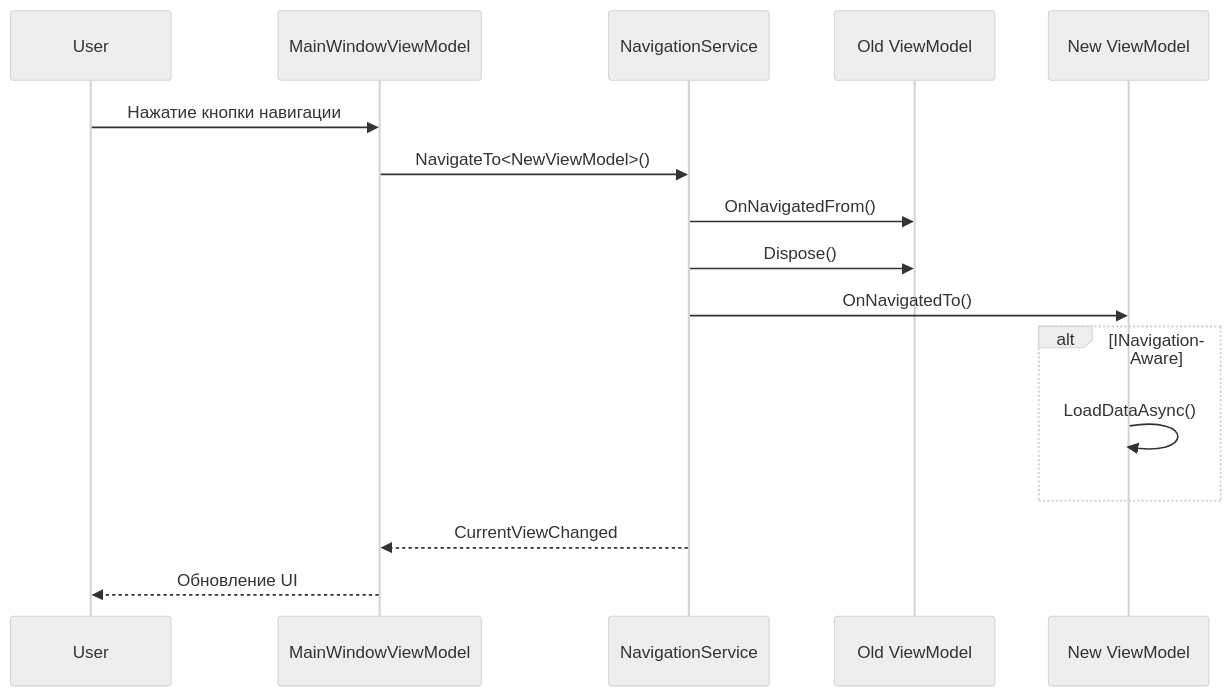
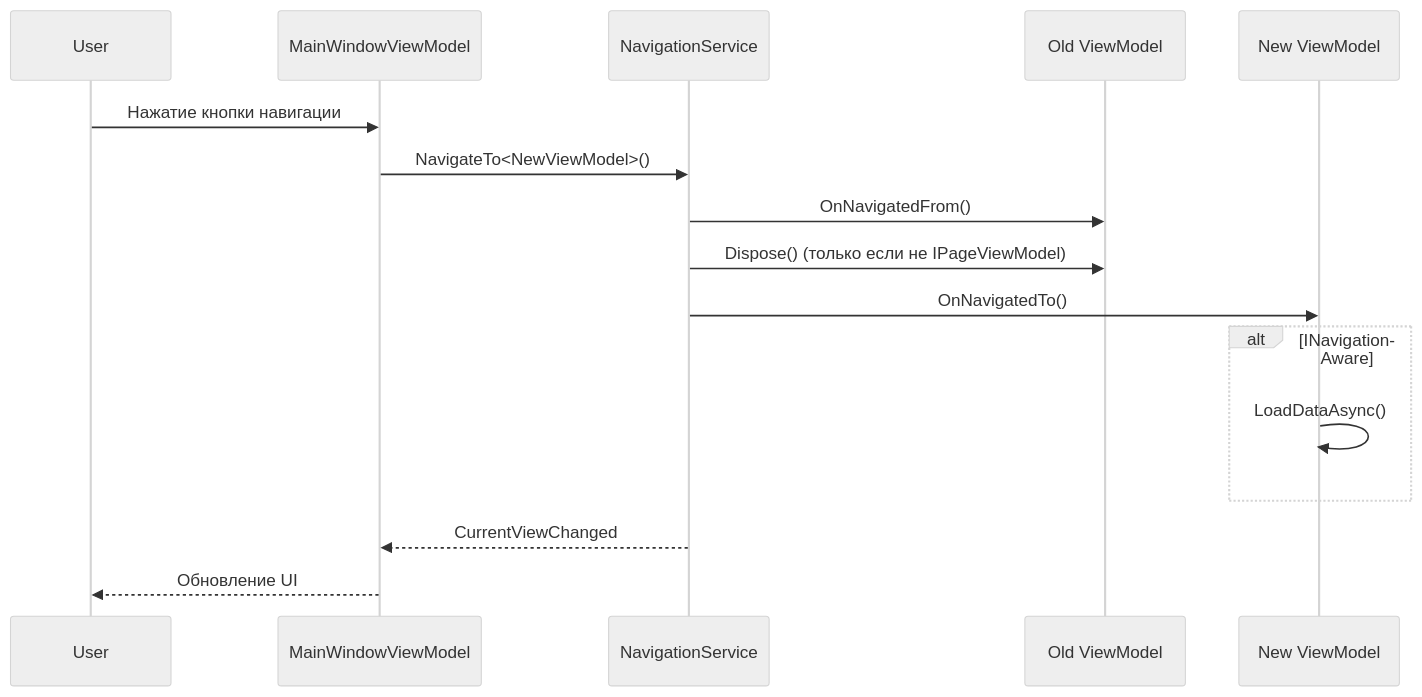
One commit to kommo1337/AutoKassa changed the third of 4 diagrams in docs/kimi/02-architecture.md. Above: the diagram before and after it, drawn with Mermaid (neutral theme). The commit also changed other lines of this file and 103 other files, not shown here.

````diff
--- a/docs/kimi/02-architecture.md
+++ b/docs/kimi/02-architecture.md
@@ -231,19 +236,19 @@
 ```mermaid
 sequenceDiagram
     participant User
     participant MainVM as MainWindowViewModel
     participant NS as NavigationService
     participant OldVM as Old ViewModel
     participant NewVM as New ViewModel
 
     User->>MainVM: Нажатие кнопки навигации
     MainVM->>NS: NavigateTo<NewViewModel>()
     NS->>OldVM: OnNavigatedFrom()
-    NS->>OldVM: Dispose()
+    NS->>OldVM: Dispose() (только если не IPageViewModel)
     NS->>NewVM: OnNavigatedTo()
     alt INavigationAware
         NewVM->>NewVM: LoadDataAsync()
     end
     NS-->>MainVM: CurrentViewChanged
     MainVM-->>User: Обновление UI
 ```
````
